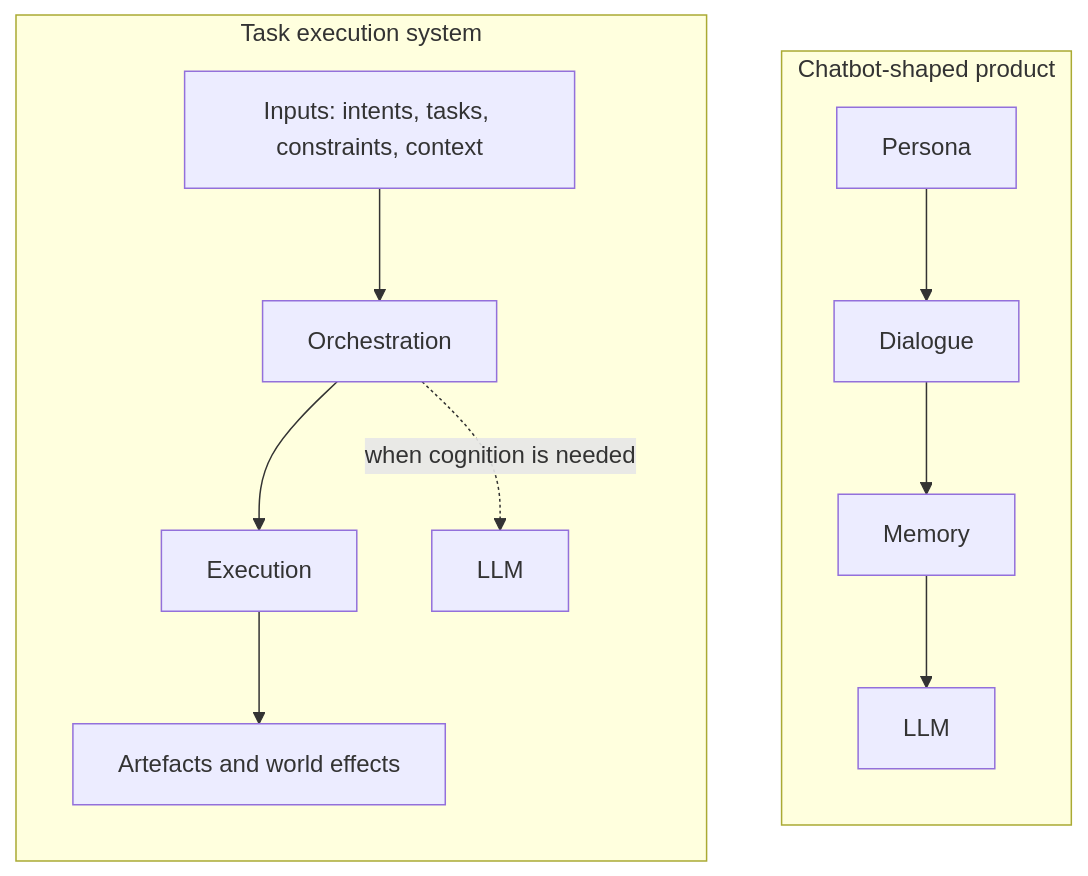
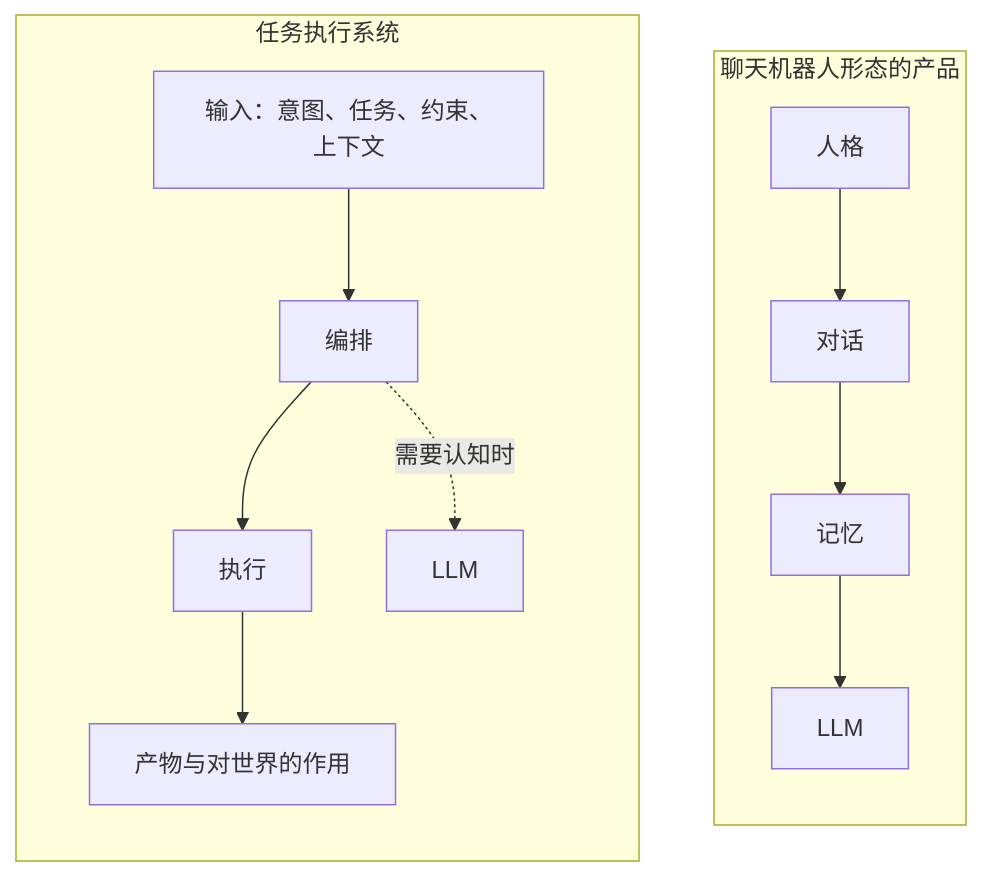
One commit to steve02081504/fount changed the diagram in .github/pages/blog/articles/agents-are-not-chatbots/zh-CN.md. Above: the diagram before and after it, drawn with Mermaid. The commit also changed other lines of this file and 12 other files, not shown here.

````diff
--- a/.github/pages/blog/articles/agents-are-not-chatbots/zh-CN.md
+++ b/.github/pages/blog/articles/agents-are-not-chatbots/zh-CN.md
@@ -90,16 +90,16 @@
 ```mermaid
 flowchart TB
-    subgraph CB["Chatbot-shaped product"]
+    subgraph CB["聊天机器人形态的产品"]
         direction TB
-        P["Persona"] --> D["Dialogue"]
-        D --> M["Memory"]
+        P["人格"] --> D["对话"]
+        D --> M["记忆"]
         M --> L["LLM"]
     end
-    subgraph AG["Task execution system"]
+    subgraph AG["任务执行系统"]
         direction TB
-        IN["Inputs: intents, tasks, constraints, context"] --> OR["Orchestration"]
-        OR --> EX["Execution"]
-        EX --> EF["Artefacts and world effects"]
-        OR -.->|"when cognition is needed"| LM["LLM"]
+        IN["输入：意图、任务、约束、上下文"] --> OR["编排"]
+        OR --> EX["执行"]
+        EX --> EF["产物与对世界的作用"]
+        OR -.->|"需要认知时"| LM["LLM"]
     end
 ```
````
